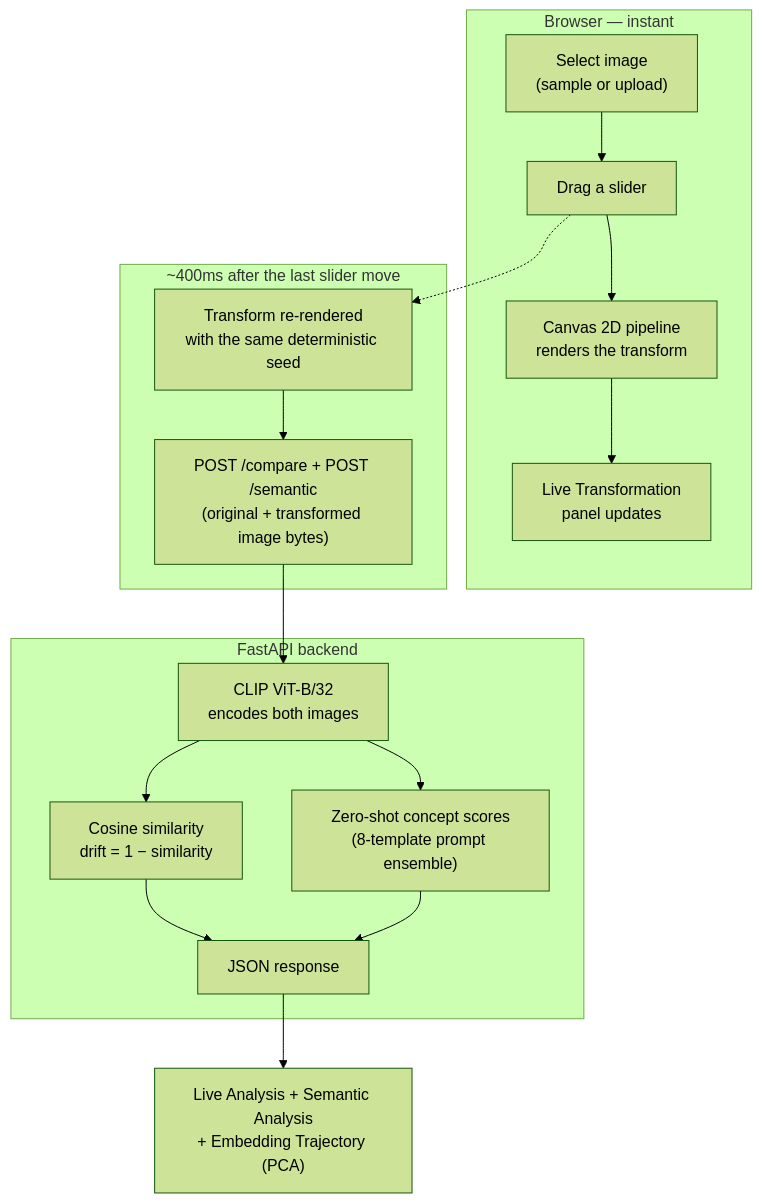
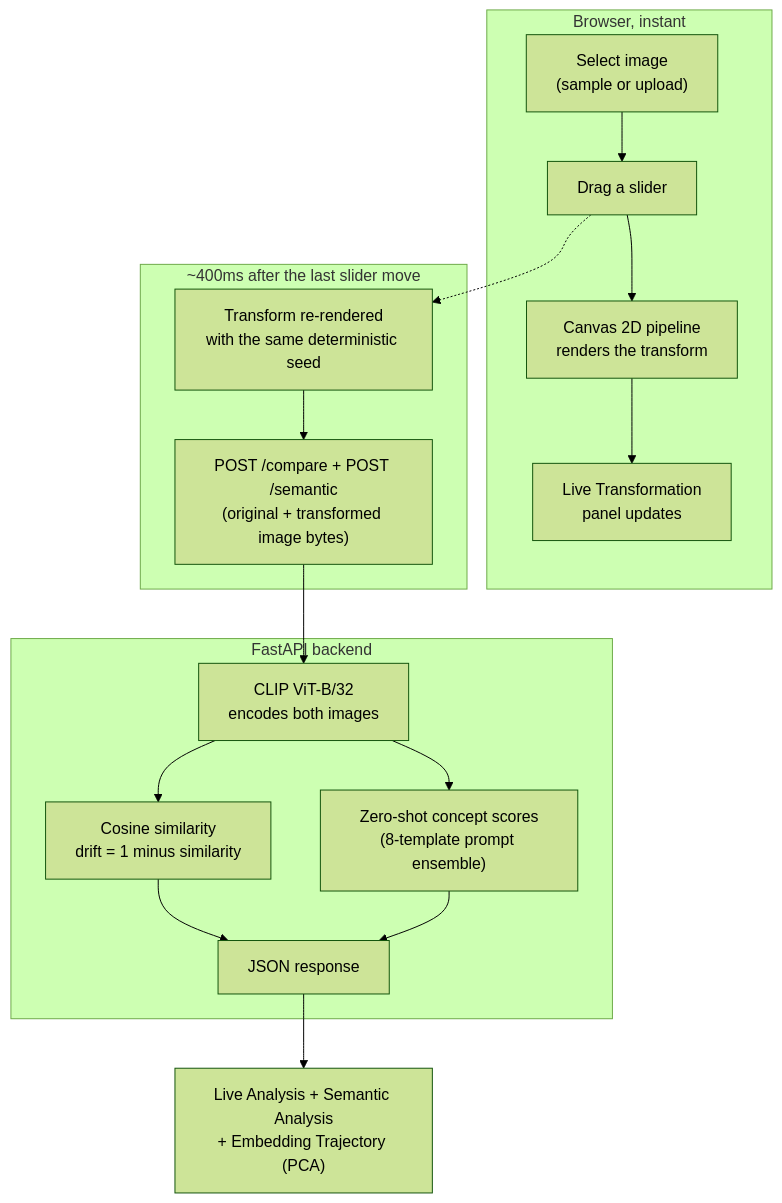
One commit to Vrinda072/prism changed the diagram in README.md. Above: the diagram before and after it, drawn with Mermaid (forest theme). The commit also changed other lines of this file and 10 other files, not shown here.

````diff
--- a/README.md
+++ b/README.md
@@ -69,23 +63,23 @@
 ```mermaid
 flowchart TD
-    subgraph Browser["Browser — instant"]
+    subgraph Browser["Browser, instant"]
         A["Select image<br/>(sample or upload)"] --> B["Drag a slider"]
         B --> C["Canvas 2D pipeline<br/>renders the transform"]
         C --> D["Live Transformation<br/>panel updates"]
     end
 
     subgraph Debounced["~400ms after the last slider move"]
         B -.-> E["Transform re-rendered<br/>with the same deterministic seed"]
         E --> F["POST /compare + POST /semantic<br/>(original + transformed image bytes)"]
     end
 
     subgraph Backend["FastAPI backend"]
         F --> G["CLIP ViT-B/32<br/>encodes both images"]
-        G --> H["Cosine similarity<br/>drift = 1 − similarity"]
+        G --> H["Cosine similarity<br/>drift = 1 minus similarity"]
         G --> K["Zero-shot concept scores<br/>(8-template prompt ensemble)"]
         H --> I["JSON response"]
         K --> I
     end
 
     I --> J["Live Analysis + Semantic Analysis<br/>+ Embedding Trajectory (PCA)"]
 ```
````
